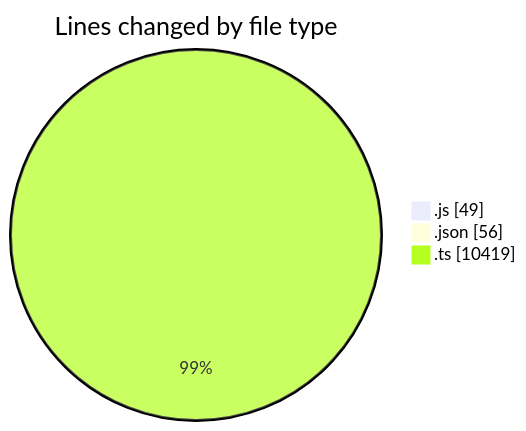
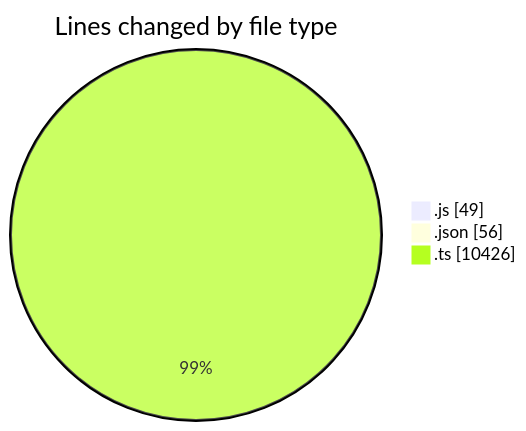
Before and after one commit to momahboobian/code-tracking: the first of 2 diagrams in 2025-09-04/cda/README.md, drawn with Mermaid. The commit also changed other lines of this file and 1 other file, not shown here.

````diff
--- a/2025-09-04/cda/README.md
+++ b/2025-09-04/cda/README.md
@@ -25,7 +25,7 @@
 ```mermaid
 pie showData
 title Lines changed by file type
 ".js" : 49
 ".json" : 56
-".ts" : 10419
+".ts" : 10426
 ```
````
